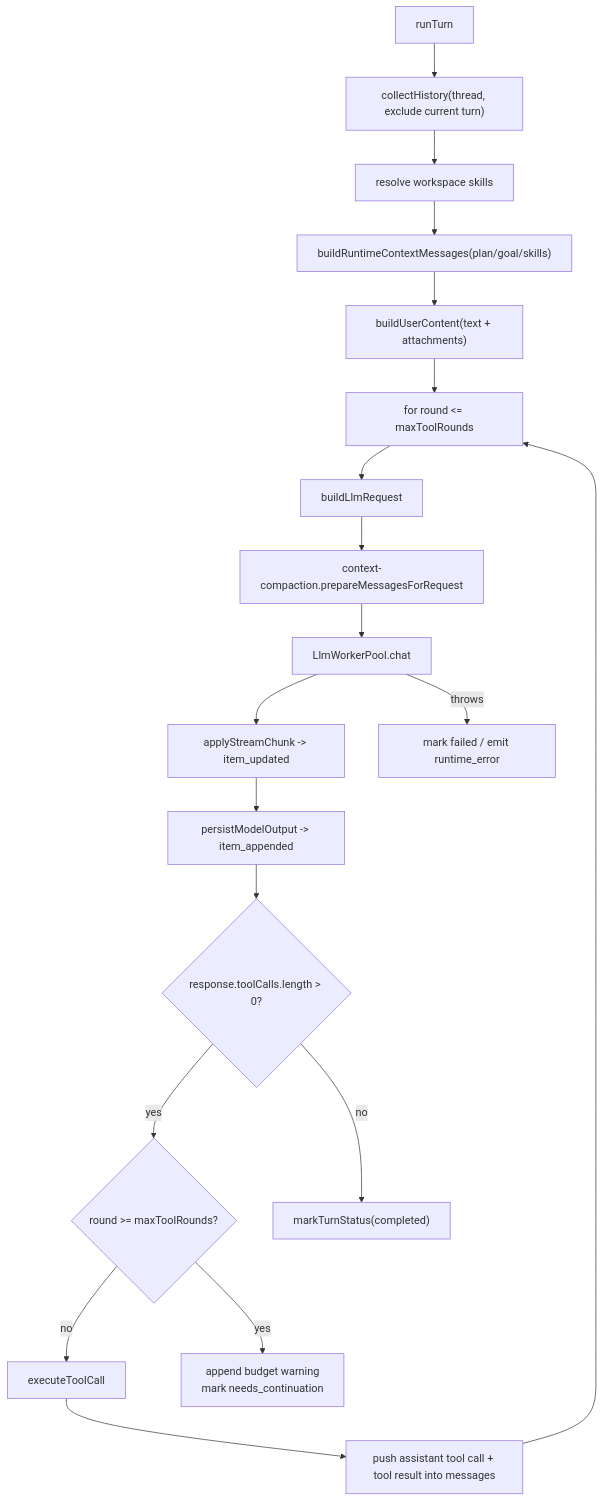
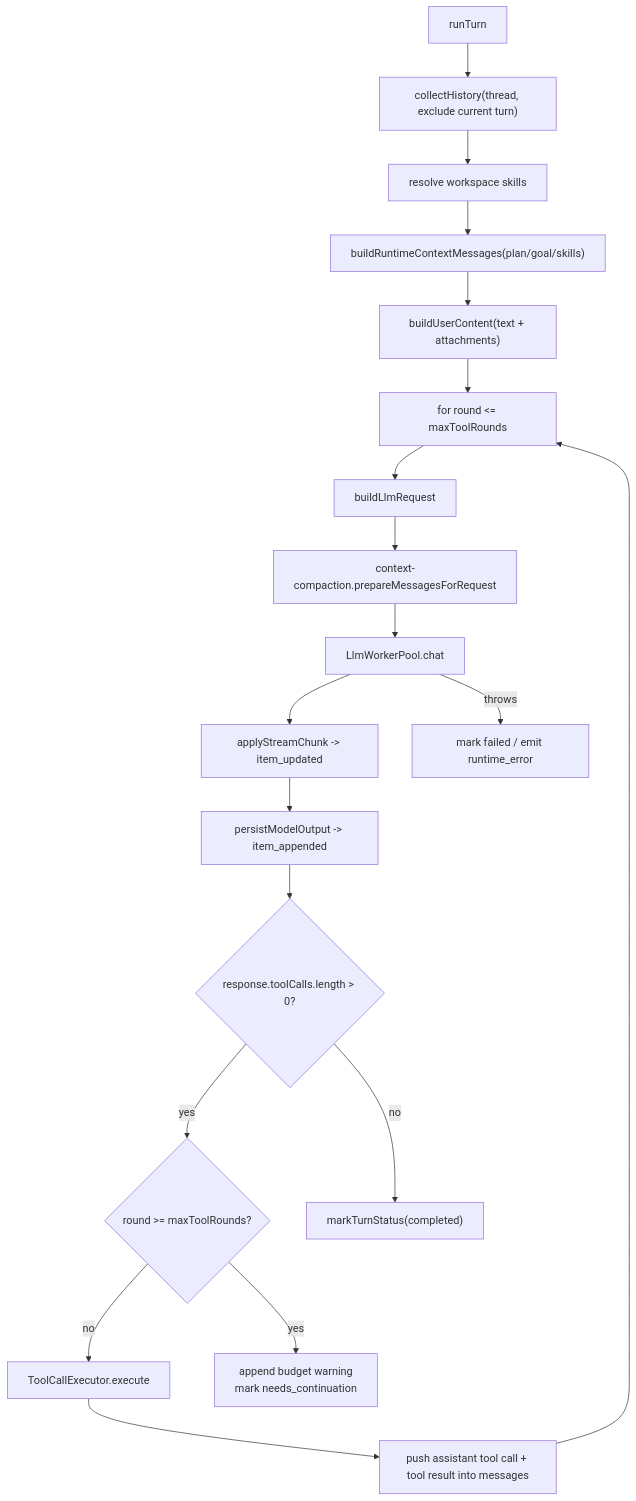
Before and after one commit to dp-sudo/agent-pyramid-desktop: the third of 7 diagrams in docs/runtime-flow.md, drawn with Mermaid. The commit also changed other lines of this file and 4 other files, not shown here.

````diff
--- a/docs/runtime-flow.md
+++ b/docs/runtime-flow.md
@@ -164,29 +164,29 @@
 ```mermaid
 flowchart TD
   Start["runTurn"]
   History["collectHistory(thread, exclude current turn)"]
   Skills["resolve workspace skills"]
   Context["buildRuntimeContextMessages(plan/goal/skills)"]
   User["buildUserContent(text + attachments)"]
   Loop["for round <= maxToolRounds"]
   BuildReq["buildLlmRequest"]
   Compact["context-compaction.prepareMessagesForRequest"]
   Chat["LlmWorkerPool.chat"]
   Stream["applyStreamChunk -> item_updated"]
   Persist["persistModelOutput -> item_appended"]
   ToolCheck{"response.toolCalls.length > 0?"}
   Budget{"round >= maxToolRounds?"}
-  Execute["executeToolCall"]
+  Execute["ToolCallExecutor.execute"]
   PushTool["push assistant tool call + tool result into messages"]
   Complete["markTurnStatus(completed)"]
   NeedsContinuation["append budget warning\nmark needs_continuation"]
   Failed["mark failed / emit runtime_error"]
 
   Start --> History --> Skills --> Context --> User --> Loop
   Loop --> BuildReq --> Compact --> Chat --> Stream --> Persist --> ToolCheck
   ToolCheck -- "no" --> Complete
   ToolCheck -- "yes" --> Budget
   Budget -- "yes" --> NeedsContinuation
   Budget -- "no" --> Execute --> PushTool --> Loop
   Chat -- "throws" --> Failed
 ```
````
